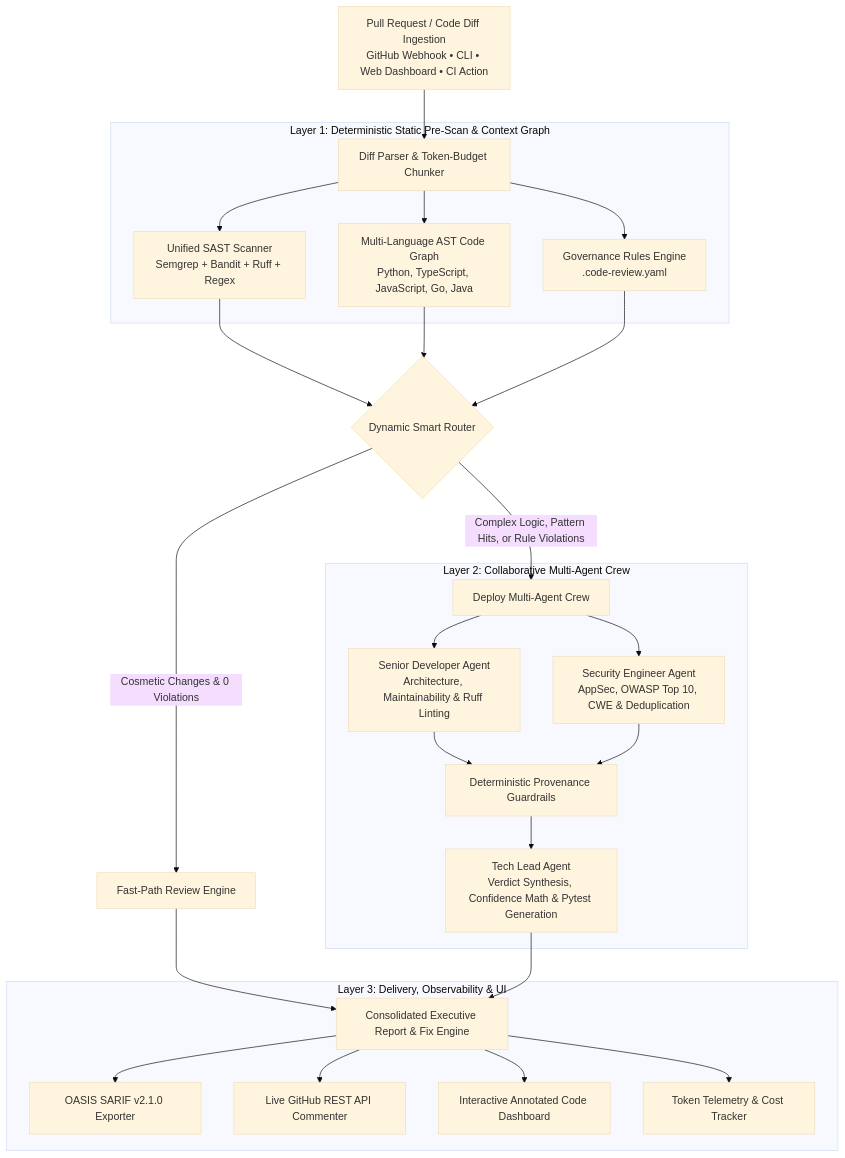
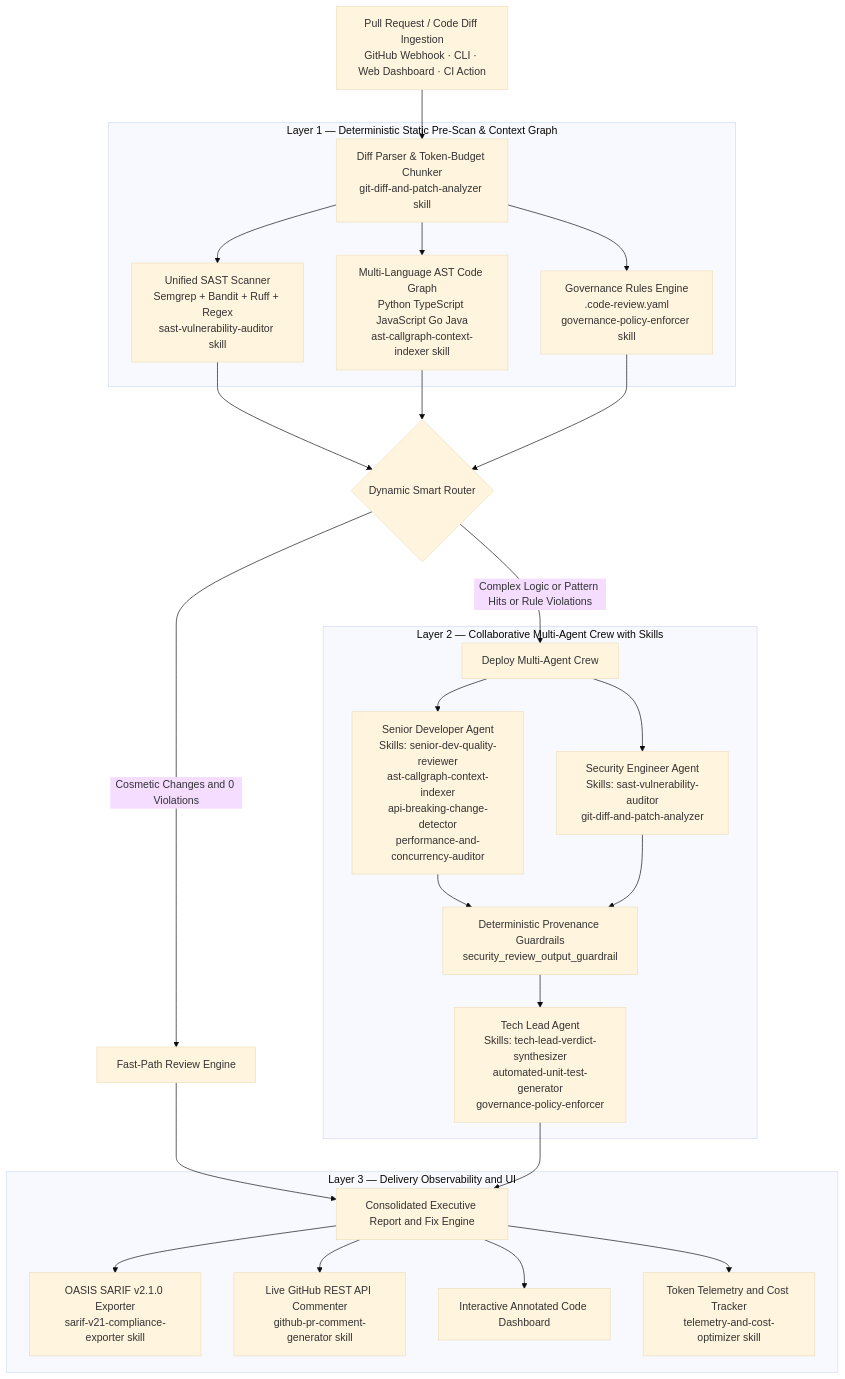
The first of 2 diagrams in README.md (hamza1713/AI-Code-Review-Agent), drawn with Mermaid (base theme) before and after one commit. The commit also changed other lines of this file and 5 other files, not shown here.

Commit message:
feat(skills): add 12-skill agent intelligence system, architecture docs, and updated README

````diff
--- a/README.md
+++ b/README.md
@@ -112,34 +96,34 @@
 ```mermaid
 graph TD
-    A[Pull Request / Code Diff Ingestion<br/>GitHub Webhook • CLI • Web Dashboard • CI Action] --> B[Diff Parser & Token-Budget Chunker]
+    A[Pull Request / Code Diff Ingestion<br/>GitHub Webhook · CLI · Web Dashboard · CI Action] --> B[Diff Parser & Token-Budget Chunker<br/>git-diff-and-patch-analyzer skill]
 
-    subgraph Layer1 [Layer 1: Deterministic Static Pre-Scan & Context Graph]
-        B --> C[Unified SAST Scanner<br/>Semgrep + Bandit + Ruff + Regex]
-        B --> D[Multi-Language AST Code Graph<br/>Python, TypeScript, JavaScript, Go, Java]
-        B --> E[Governance Rules Engine<br/>.code-review.yaml]
+    subgraph Layer1 [Layer 1 — Deterministic Static Pre-Scan & Context Graph]
+        B --> C[Unified SAST Scanner<br/>Semgrep + Bandit + Ruff + Regex<br/>sast-vulnerability-auditor skill]
+        B --> D[Multi-Language AST Code Graph<br/>Python TypeScript JavaScript Go Java<br/>ast-callgraph-context-indexer skill]
+        B --> E[Governance Rules Engine<br/>.code-review.yaml<br/>governance-policy-enforcer skill]
     end
 
     C & D & E --> F{Dynamic Smart Router}
-    F -->|Cosmetic Changes & 0 Violations| G[Fast-Path Review Engine]
-    F -->|Complex Logic, Pattern Hits, or Rule Violations| H[Deploy Multi-Agent Crew]
+    F -->|Cosmetic Changes and 0 Violations| G[Fast-Path Review Engine]
+    F -->|Complex Logic or Pattern Hits or Rule Violations| H[Deploy Multi-Agent Crew]
 
-    subgraph Layer2 [Layer 2: Collaborative Multi-Agent Crew]
-        H --> I[Senior Developer Agent<br/>Architecture, Maintainability & Ruff Linting]
-        H --> J[Security Engineer Agent<br/>AppSec, OWASP Top 10, CWE & Deduplication]
-        
-        I --> K[Deterministic Provenance Guardrails]
+    subgraph Layer2 [Layer 2 — Collaborative Multi-Agent Crew with Skills]
+        H --> I["Senior Developer Agent<br/>Skills: senior-dev-quality-reviewer<br/>ast-callgraph-context-indexer<br/>api-breaking-change-detector<br/>performance-and-concurrency-auditor"]
+        H --> J["Security Engineer Agent<br/>Skills: sast-vulnerability-auditor<br/>git-diff-and-patch-analyzer"]
+
+        I --> K[Deterministic Provenance Guardrails<br/>security_review_output_guardrail]
         J --> K
-        
-        K --> L[Tech Lead Agent<br/>Verdict Synthesis, Confidence Math & Pytest Generation]
+
+        K --> L["Tech Lead Agent<br/>Skills: tech-lead-verdict-synthesizer<br/>automated-unit-test-generator<br/>governance-policy-enforcer"]
     end
 
-    G --> M[Consolidated Executive Report & Fix Engine]
+    G --> M[Consolidated Executive Report and Fix Engine]
     L --> M
 
-    subgraph Layer3 [Layer 3: Delivery, Observability & UI]
-        M --> N[OASIS SARIF v2.1.0 Exporter]
-        M --> O[Live GitHub REST API Commenter]
+    subgraph Layer3 [Layer 3 — Delivery Observability and UI]
+        M --> N[OASIS SARIF v2.1.0 Exporter<br/>sarif-v21-compliance-exporter skill]
+        M --> O[Live GitHub REST API Commenter<br/>github-pr-comment-generator skill]
         M --> P[Interactive Annotated Code Dashboard]
-        M --> Q[Token Telemetry & Cost Tracker]
+        M --> Q[Token Telemetry and Cost Tracker<br/>telemetry-and-cost-optimizer skill]
     end
 ```
````
